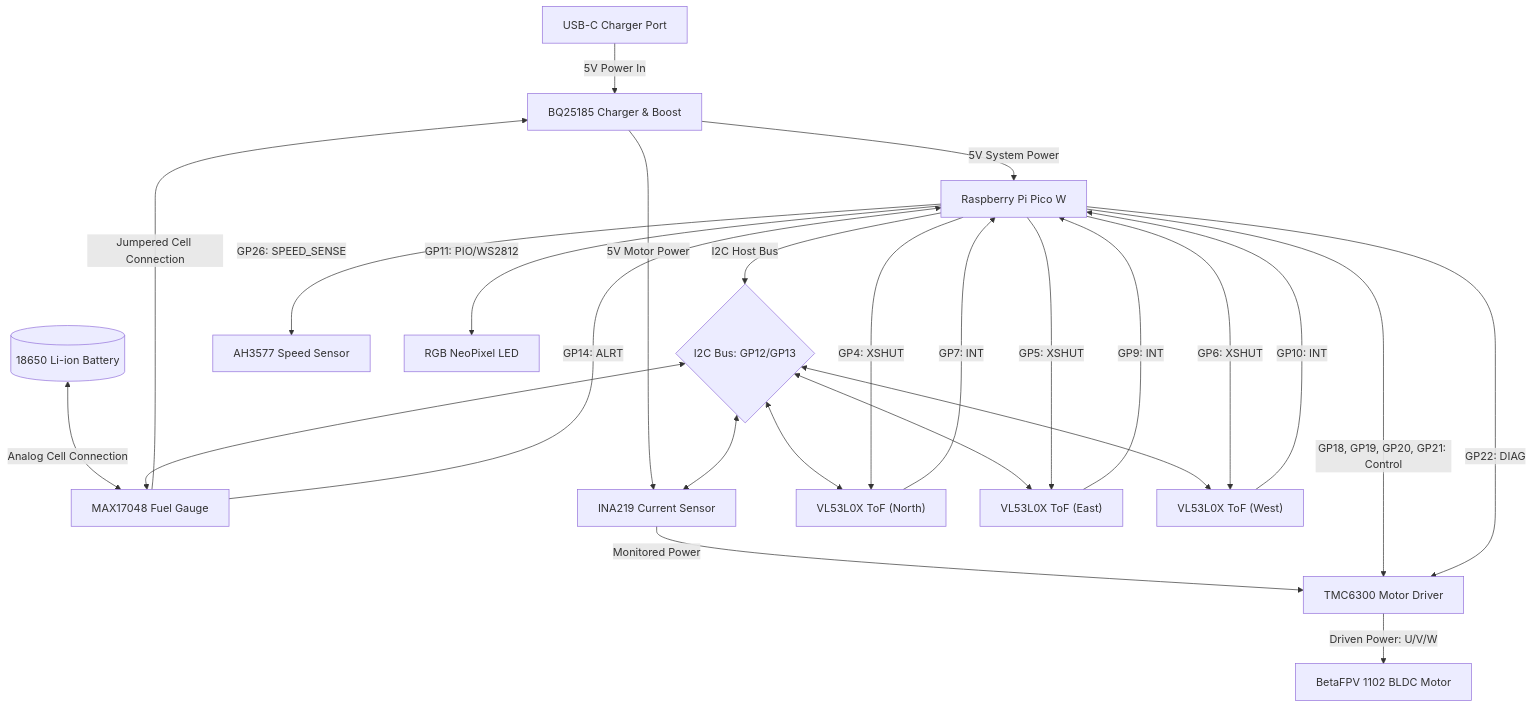
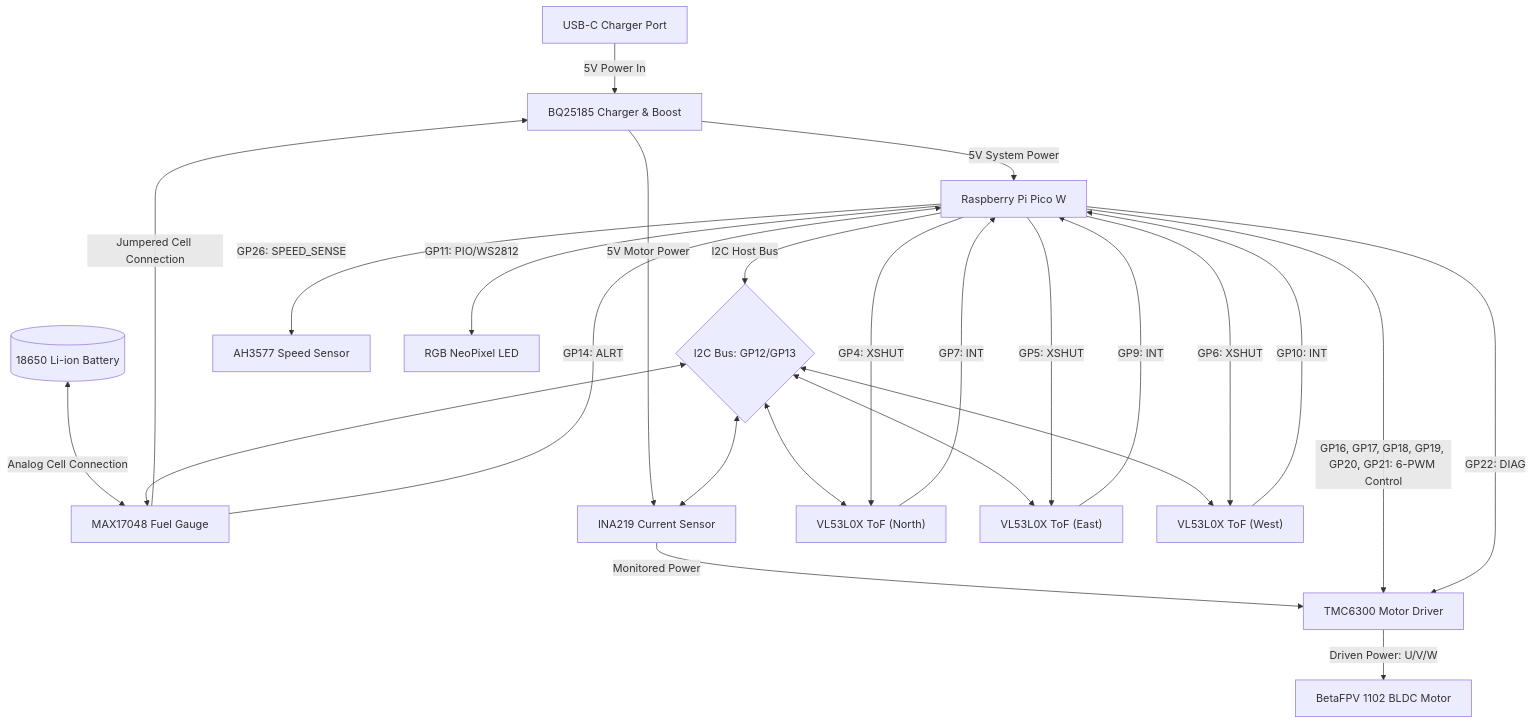
Before and after one commit to picklethecat1488-hue/hardware: the diagram in src/projects/cat_fountain.md, drawn with Mermaid. The commit also changed other lines of this file and 4 other files, not shown here.

Commit message:
fix(cat_fountain): update TMC6300 to 6-PWM control and decouple SEN pin (BUG-HAIRY-WASP-932)

````diff
--- a/src/projects/cat_fountain.md
+++ b/src/projects/cat_fountain.md
@@ -35,36 +35,36 @@
 ```mermaid
 graph TD
     %% Power Subsystem
     USBC["USB-C Charger Port"] -->|5V Power In| BQ["BQ25185 Charger & Boost"]
     BAT[("18650 Li-ion Battery")] <-->|Analog Cell Connection| MAX["MAX17048 Fuel Gauge"]
     MAX -->|Jumpered Cell Connection| BQ
     
     %% Power Distribution
     BQ -->|5V System Power| PICO["Raspberry Pi Pico W"]
     BQ -->|5V Motor Power| INA["INA219 Current Sensor"]
     INA -->|Monitored Power| DRV["TMC6300 Motor Driver"]
     
     %% I2C Bus Connections
     PICO -->|I2C Host Bus| I2CBus{I2C Bus: GP12/GP13}
     I2CBus <--> MAX
     I2CBus <--> INA
     I2CBus <--> TOF1["VL53L0X ToF (North)"]
     I2CBus <--> TOF2["VL53L0X ToF (East)"]
     I2CBus <--> TOF3["VL53L0X ToF (West)"]
     
     %% Control Lines
     PICO -->|GP4: XSHUT| TOF1
     PICO -->|GP5: XSHUT| TOF2
     PICO -->|GP6: XSHUT| TOF3
     TOF1 -->|GP7: INT| PICO
     TOF2 -->|GP9: INT| PICO
     TOF3 -->|GP10: INT| PICO
     MAX -->|GP14: ALRT| PICO
-    PICO -->|GP18, GP19, GP20, GP21: Control| DRV
+    PICO -->|GP16, GP17, GP18, GP19, GP20, GP21: 6-PWM Control| DRV
     PICO -->|GP22: DIAG| DRV
     PICO -->|GP26: SPEED_SENSE| SENS["AH3577 Speed Sensor"]
     PICO -->|GP11: PIO/WS2812| LED["RGB NeoPixel LED"]
     
     %% Output Connections
     DRV -->|Driven Power: U/V/W| MOTOR["BetaFPV 1102 BLDC Motor"]
 ```
````
